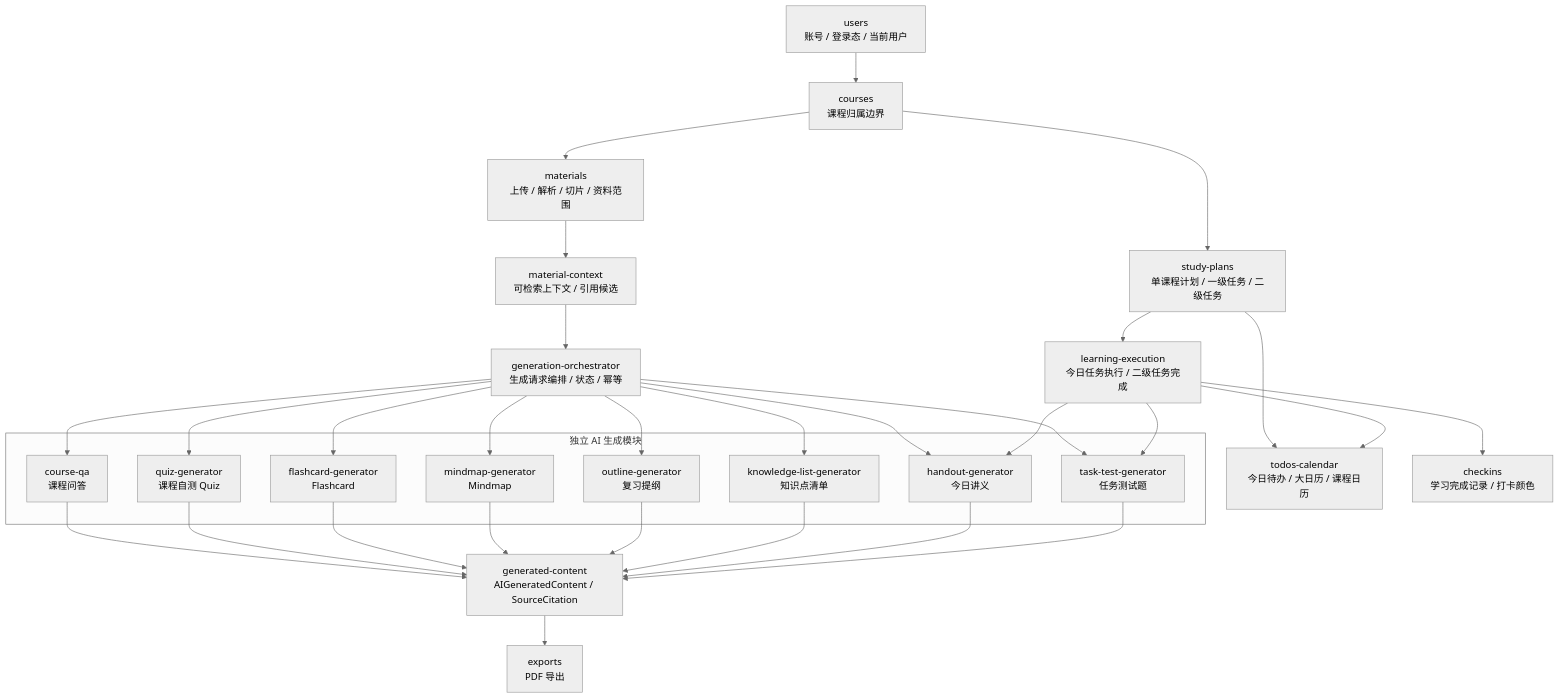
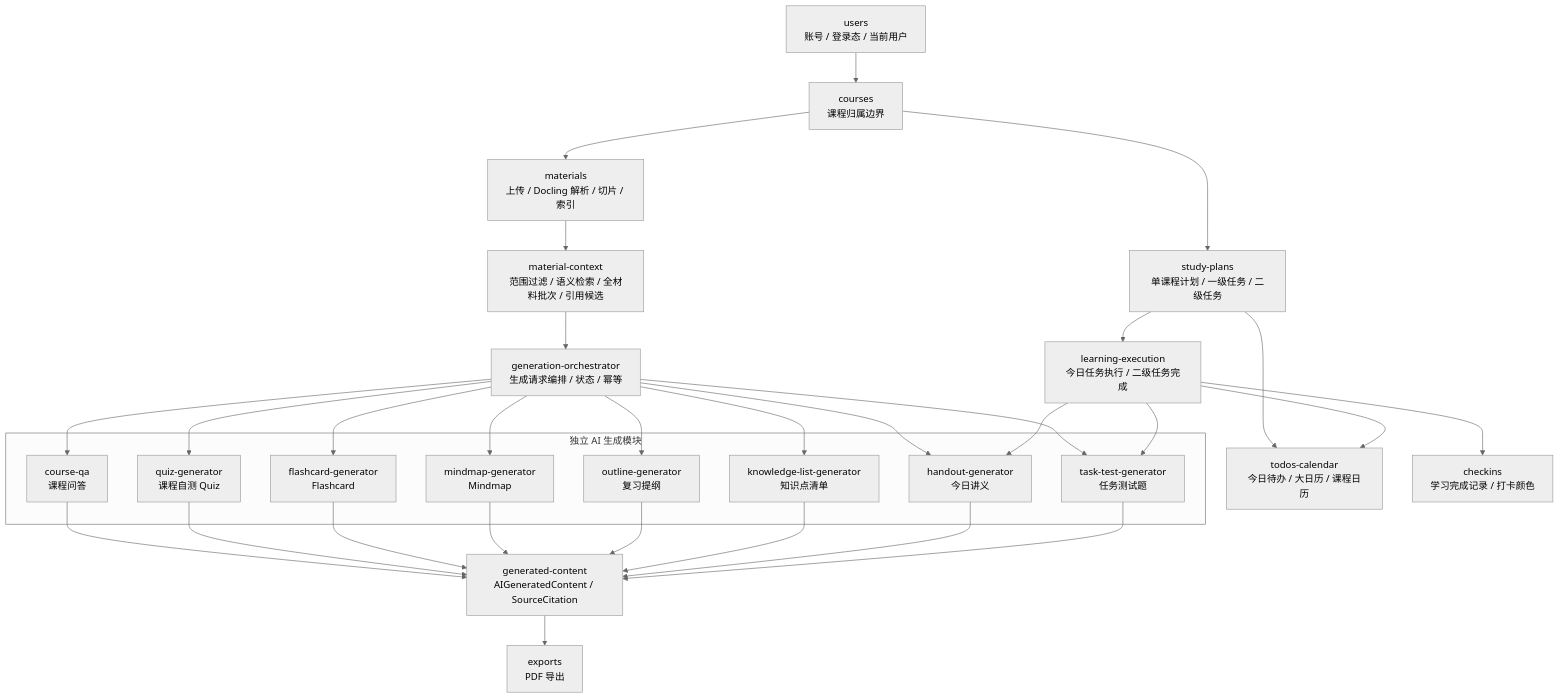
One commit to cyruan815/CourseNexus changed the first of 2 diagrams in docs/architecture/module-boundaries.md. Above: the diagram before and after it, drawn with Mermaid (neutral theme). The commit also changed other lines of this file and 15 other files, not shown here.

Commit message:
docs(architecture): 记录本地 RAG 业务与技术方案

````diff
--- a/docs/architecture/module-boundaries.md
+++ b/docs/architecture/module-boundaries.md
@@ -36,55 +36,55 @@
 ```mermaid
 flowchart TB
     U["users<br/>账号 / 登录态 / 当前用户"]
     C["courses<br/>课程归属边界"]
-    M["materials<br/>上传 / 解析 / 切片 / 资料范围"]
-    MC["material-context<br/>可检索上下文 / 引用候选"]
+    M["materials<br/>上传 / Docling 解析 / 切片 / 索引"]
+    MC["material-context<br/>范围过滤 / 语义检索 / 全材料批次 / 引用候选"]
     GO["generation-orchestrator<br/>生成请求编排 / 状态 / 幂等"]
     GC["generated-content<br/>AIGeneratedContent / SourceCitation"]
 
     subgraph GEN["独立 AI 生成模块"]
         QA["course-qa<br/>课程问答"]
         QZ["quiz-generator<br/>课程自测 Quiz"]
         FC["flashcard-generator<br/>Flashcard"]
         MM["mindmap-generator<br/>Mindmap"]
         OL["outline-generator<br/>复习提纲"]
         KL["knowledge-list-generator<br/>知识点清单"]
         HO["handout-generator<br/>今日讲义"]
         TT["task-test-generator<br/>任务测试题"]
     end
 
     SP["study-plans<br/>单课程计划 / 一级任务 / 二级任务"]
     TC["todos-calendar<br/>今日待办 / 大日历 / 课程日历"]
     LE["learning-execution<br/>今日任务执行 / 二级任务完成"]
     CK["checkins<br/>学习完成记录 / 打卡颜色"]
     EX["exports<br/>PDF 导出"]
 
     U --> C
     C --> M
     M --> MC
     C --> SP
     MC --> GO
     GO --> QA
     GO --> QZ
     GO --> FC
     GO --> MM
     GO --> OL
     GO --> KL
     GO --> HO
     GO --> TT
     QA --> GC
     QZ --> GC
     FC --> GC
     MM --> GC
     OL --> GC
     KL --> GC
     HO --> GC
     TT --> GC
     SP --> TC
     SP --> LE
     LE --> HO
     LE --> TT
     LE --> CK
     LE --> TC
     GC --> EX
 ```
````
